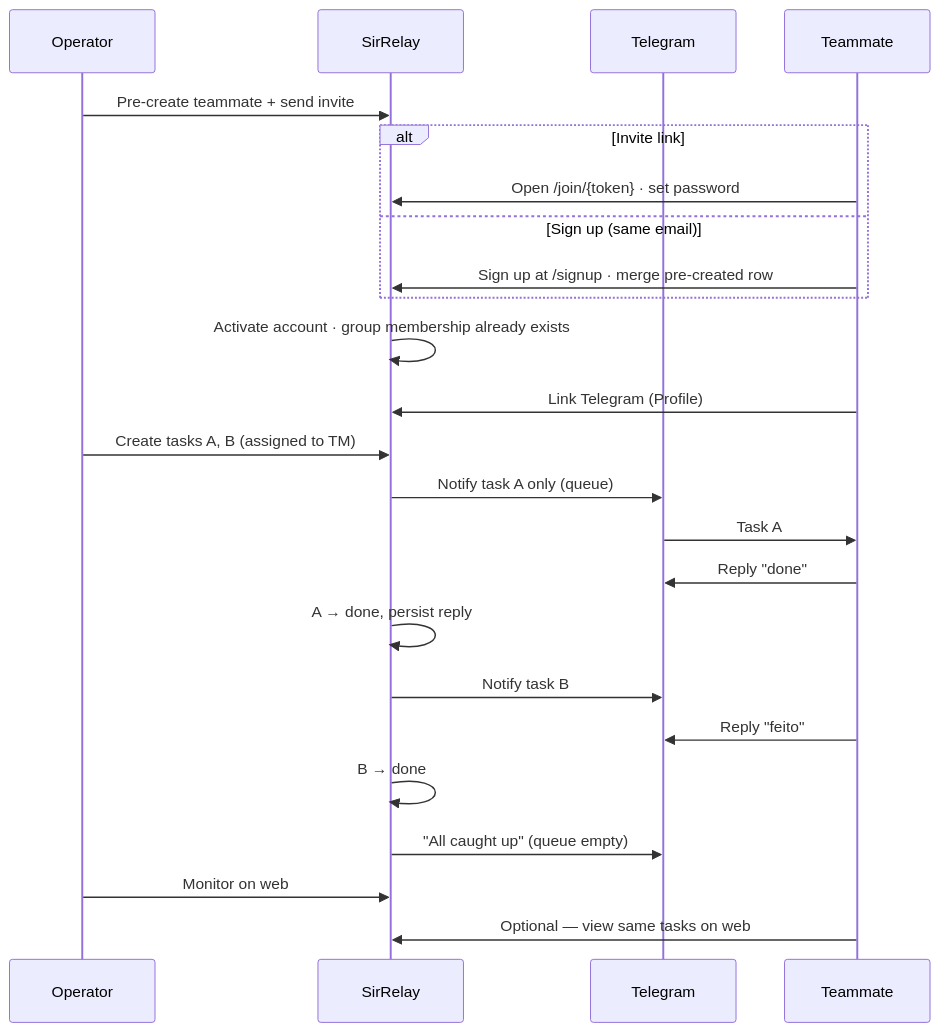
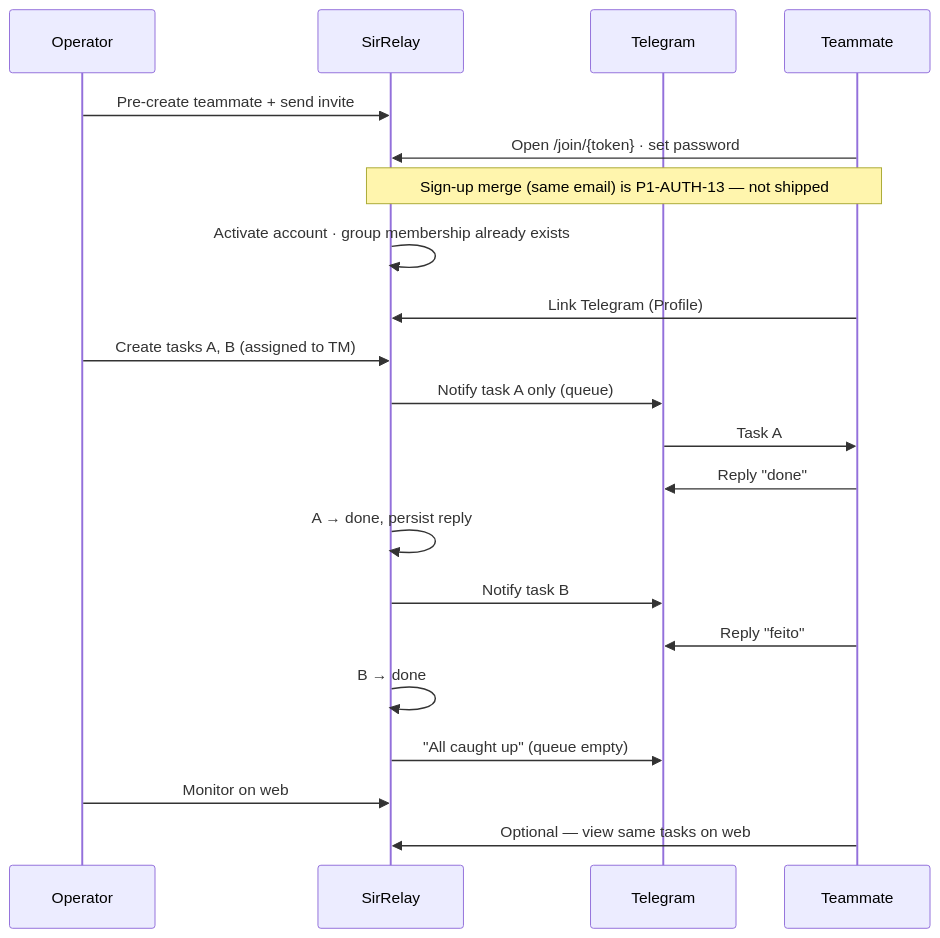
The diagram in docs/REQUIREMENTS.md (AndAleixo/sir-relay), drawn with Mermaid before and after one commit. The commit also changed other lines of this file and 3 other files, not shown here.

````diff
--- a/docs/REQUIREMENTS.md
+++ b/docs/REQUIREMENTS.md
@@ -41,27 +41,24 @@
 ```mermaid
 sequenceDiagram
   participant OP as Operator
   participant APP as SirRelay
   participant TG as Telegram
   participant TM as Teammate
 
   OP->>APP: Pre-create teammate + send invite
-  alt Invite link
-    TM->>APP: Open /join/{token} · set password
-  else Sign up (same email)
-    TM->>APP: Sign up at /signup · merge pre-created row
-  end
+  TM->>APP: Open /join/{token} · set password
+  Note over TM,APP: Sign-up merge (same email) is P1-AUTH-13 — not shipped
   APP->>APP: Activate account · group membership already exists
   TM->>APP: Link Telegram (Profile)
   OP->>APP: Create tasks A, B (assigned to TM)
   APP->>TG: Notify task A only (queue)
   TG->>TM: Task A
   TM->>TG: Reply "done"
   APP->>APP: A → done, persist reply
   APP->>TG: Notify task B
   TM->>TG: Reply "feito"
   APP->>APP: B → done
   APP->>TG: "All caught up" (queue empty)
   OP->>APP: Monitor on web
   TM->>APP: Optional — view same tasks on web
 ```
````
